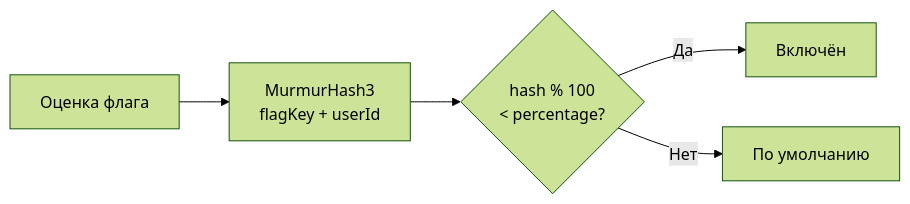
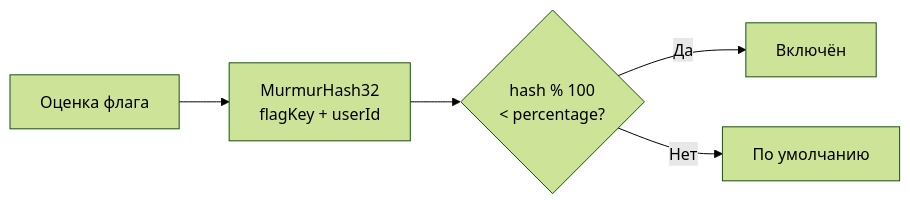
The first of 2 diagrams in docs/guide/rollout.md (edgar-dev20/mozhno), drawn with Mermaid (forest theme) before and after one commit. The commit also changed other lines of this file and 22 other files, not shown here.

Commit message:
fix: audit and sync docs with actual API — rest.md rewrite, MurmurHash3→32, config env vars, width +30%

````diff
--- a/docs/guide/rollout.md
+++ b/docs/guide/rollout.md
@@ -16,7 +16,7 @@
 ```mermaid
 graph LR
-    Eval[Оценка флага] --> Hash[MurmurHash3<br/>flagKey + userId]
+    Eval[Оценка флага] --> Hash[MurmurHash32<br/>flagKey + userId]
     Hash --> Bucket{hash % 100<br/>< percentage?}
     Bucket -->|Да| True[Включён]
     Bucket -->|Нет| False[По умолчанию]
 ```
````
